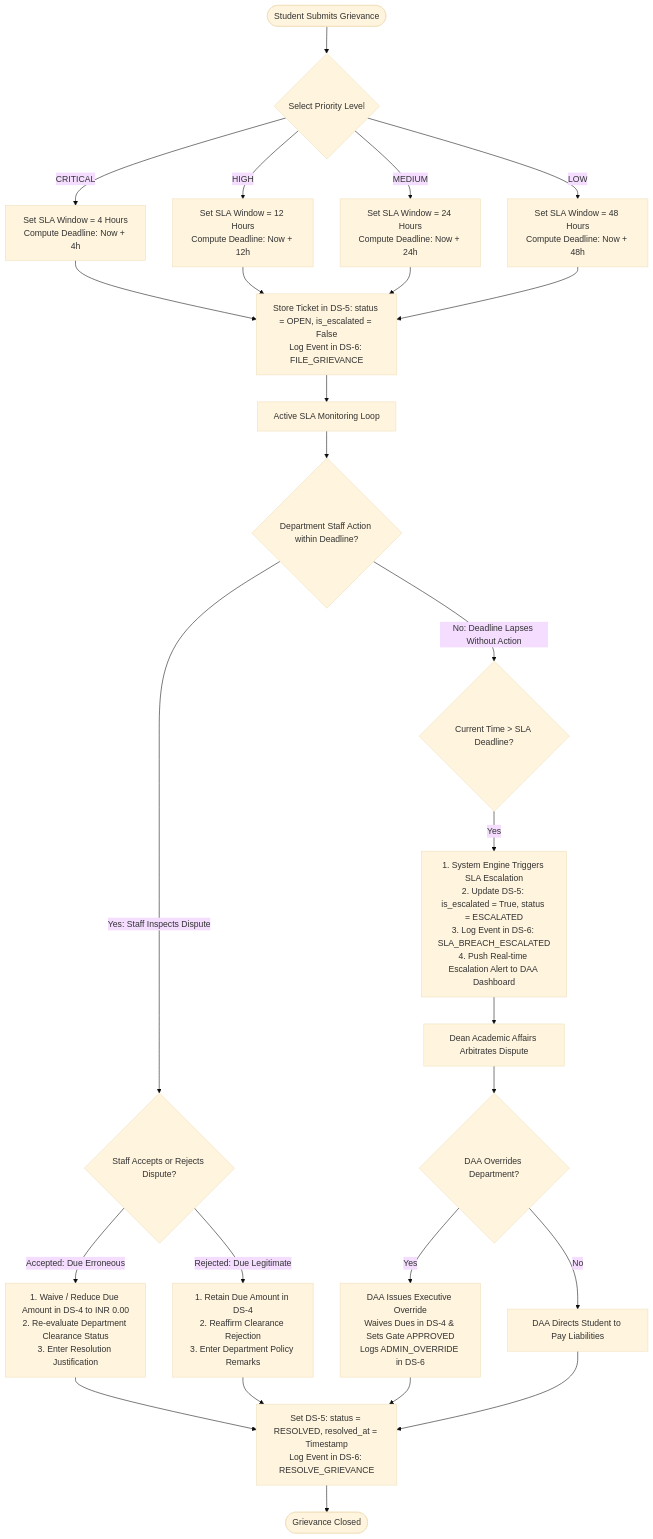
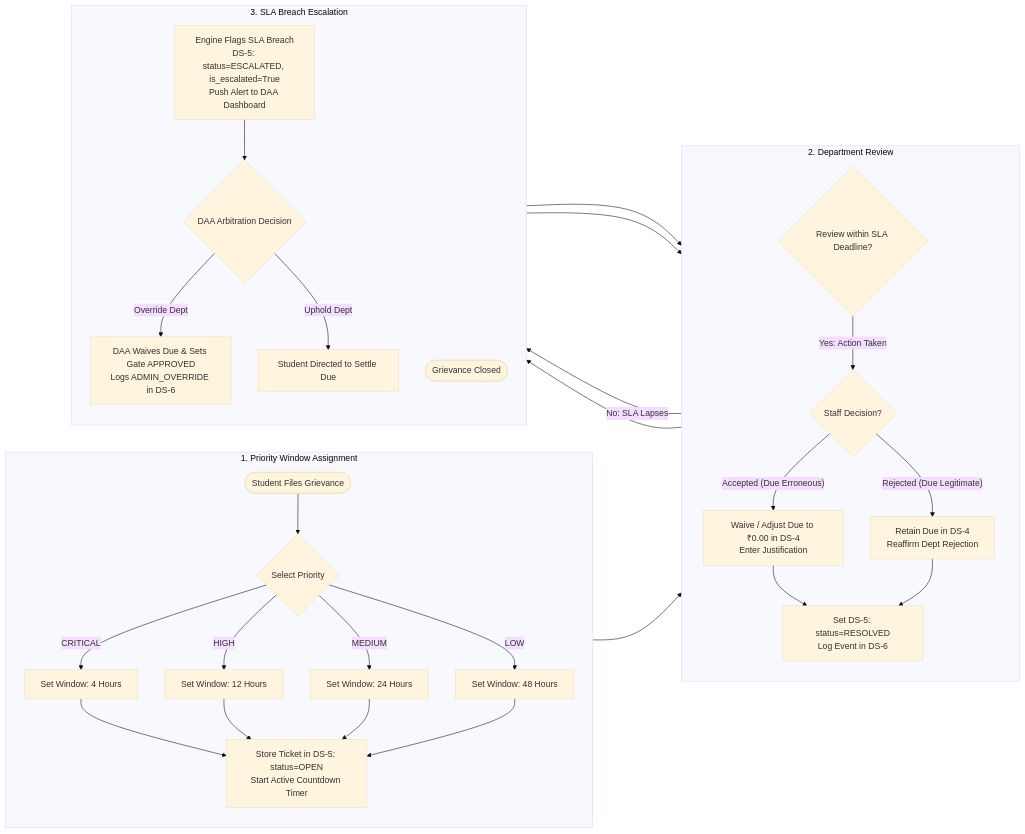
The fifth of 6 diagrams in docs/DFD.md (rags-git/clearance-automation-engine), drawn with Mermaid (base theme) before and after one commit. The commit also changed other lines of this file and 8 other files, not shown here.

Commit message:
fix(docs): resolve mermaid syntax error in Decision Tree 2, eliminate blank pages, and finalize DFD vector PDF

````diff
--- a/docs/DFD.md
+++ b/docs/DFD.md
@@ -450,33 +404,30 @@
 ```mermaid
-flowchart TD
-    GrievanceSubmitted([Student Submits Grievance]) --> SelectPriority{Select Priority Level}
-    
-    SelectPriority -- CRITICAL --> Set4h[Set SLA Window = 4 Hours<br/>Compute Deadline: Now + 4h]
-    SelectPriority -- HIGH --> Set12h[Set SLA Window = 12 Hours<br/>Compute Deadline: Now + 12h]
-    SelectPriority -- MEDIUM --> Set24h[Set SLA Window = 24 Hours<br/>Compute Deadline: Now + 24h]
-    SelectPriority -- LOW --> Set48h[Set SLA Window = 48 Hours<br/>Compute Deadline: Now + 48h]
-    
-    Set4h --> StoreGrievance[Store Ticket in DS-5: status = OPEN, is_escalated = False<br/>Log Event in DS-6: FILE_GRIEVANCE]
-    Set12h --> StoreGrievance
-    Set24h --> StoreGrievance
-    Set48h --> StoreGrievance
-    
-    StoreGrievance --> ActiveTimer[Active SLA Monitoring Loop]
-    ActiveTimer --> StaffReview{Department Staff Action within Deadline?}
-    
-    StaffReview -- Yes: Staff Inspects Dispute --> ResolveDecision{Staff Accepts or Rejects Dispute?}
-    ResolveDecision -- Accepted: Due Erroneous --> WaiveDue[1. Waive / Reduce Due Amount in DS-4 to INR 0.00<br/>2. Re-evaluate Department Clearance Status<br/>3. Enter Resolution Justification]
-    ResolveDecision -- Rejected: Due Legitimate --> RetainDue[1. Retain Due Amount in DS-4<br/>2. Reaffirm Clearance Rejection<br/>3. Enter Department Policy Remarks]
-    
-    WaiveDue --> MarkResolved[Set DS-5: status = RESOLVED, resolved_at = Timestamp<br/>Log Event in DS-6: RESOLVE_GRIEVANCE]
-    RetainDue --> MarkResolved
-    MarkResolved --> EndGrievance([Grievance Closed])
-    
-    StaffReview -- No: Deadline Lapses Without Action --> BreachDetected{Current Time > SLA Deadline?}
-    BreachDetected -- Yes --> AutoEscalate[1. System Engine Triggers SLA Escalation<br/>2. Update DS-5: is_escalated = True, status = ESCALATED<br/>3. Log Event in DS-6: SLA_BREACH_ESCALATED<br/>4. Push Real-time Escalation Alert to DAA Dashboard]
-    
-    AutoEscalate --> DAAIntervene[Dean Academic Affairs Arbitrates Dispute]
-    DAAIntervene --> DAA_Action{DAA Overrides Department?}
-    DAA_Action -- Yes --> DAA_Override[DAA Issues Executive Override<br/>Waives Dues in DS-4 & Sets Gate APPROVED<br/>Logs ADMIN_OVERRIDE in DS-6] --> MarkResolved
-    DAA_Action -- No --> DAA_Uphold[DAA Directs Student to Pay Liabilities] --> MarkResolved
+flowchart LR
+    subgraph S1 ["1. Priority Window Assignment"]
+        direction TB
+        T_Start(["Student Files Grievance"]) --> T_Prio{"Select Priority"}
+        T_Prio -- "CRITICAL" --> T_4h["Set Window: 4 Hours"]
+        T_Prio -- "HIGH" --> T_12h["Set Window: 12 Hours"]
+        T_Prio -- "MEDIUM" --> T_24h["Set Window: 24 Hours"]
+        T_Prio -- "LOW" --> T_48h["Set Window: 48 Hours"]
+        T_4h & T_12h & T_24h & T_48h --> T_Store["Store Ticket in DS-5: status=OPEN<br/>Start Active Countdown Timer"]
+    end
+
+    subgraph S2 ["2. Department Review"]
+        direction TB
+        T_Store --> T_Review{"Review within SLA Deadline?"}
+        T_Review -- "Yes: Action Taken" --> T_Decide{"Staff Decision?"}
+        T_Decide -- "Accepted (Due Erroneous)" --> T_Waive["Waive / Adjust Due to ₹0.00 in DS-4<br/>Enter Justification"]
+        T_Decide -- "Rejected (Due Legitimate)" --> T_Retain["Retain Due in DS-4<br/>Reaffirm Dept Rejection"]
+        T_Waive & T_Retain --> T_Close["Set DS-5: status=RESOLVED<br/>Log Event in DS-6"]
+    end
+
+    subgraph S3 ["3. SLA Breach Escalation"]
+        direction TB
+        T_Review -- "No: SLA Lapses" --> T_Breach["Engine Flags SLA Breach<br/>DS-5: status=ESCALATED, is_escalated=True<br/>Push Alert to DAA Dashboard"]
+        T_Breach --> T_DAA{"DAA Arbitration Decision"}
+        T_DAA -- "Override Dept" --> T_DAAOver["DAA Waives Due & Sets Gate APPROVED<br/>Logs ADMIN_OVERRIDE in DS-6"] --> T_Close
+        T_DAA -- "Uphold Dept" --> T_DAAUphold["Student Directed to Settle Due"] --> T_Close
+        T_Close --> T_Done(["Grievance Closed"])
+    end
 ```
````
